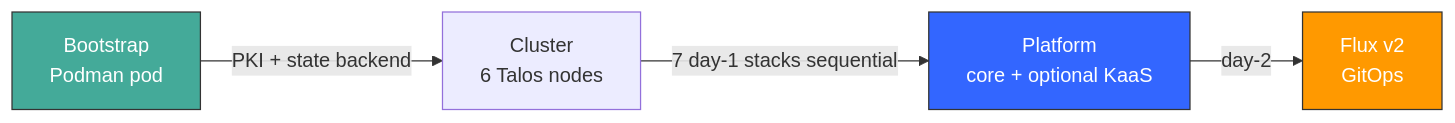
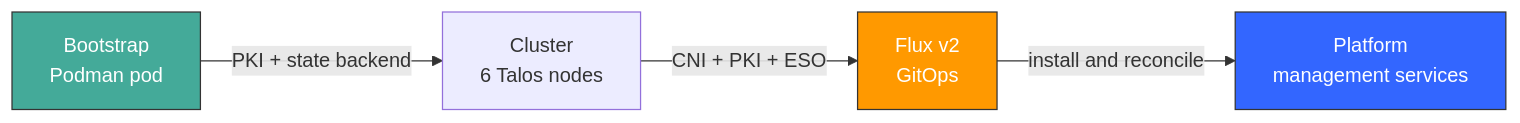
One commit to Destynova2/st4ck changed the diagram in README.md. Above: the diagram before and after it, drawn with Mermaid. The commit also changed other lines of this file and 265 other files, not shown here.

First line of the commit message:
feat(flux): hand platform services to Flux from day 1 (ADR-043/044)

````diff
--- a/README.md
+++ b/README.md
@@ -9,10 +9,10 @@
 ```mermaid
 graph LR
     B[Bootstrap<br/>Podman pod] -->|PKI + state backend| C[Cluster<br/>6 Talos nodes]
-    C -->|7 day-1 stacks sequential| K[Platform<br/>core + optional KaaS]
-    K -->|day-2| F[Flux v2<br/>GitOps]
+    C -->|CNI + PKI + ESO| F[Flux v2<br/>GitOps]
+    F -->|install and reconcile| K[Platform<br/>management services]
 
     style B fill:#4a9,stroke:#333,color:#fff
     style K fill:#36f,stroke:#333,color:#fff
     style F fill:#f90,stroke:#333,color:#fff
 ```
````
